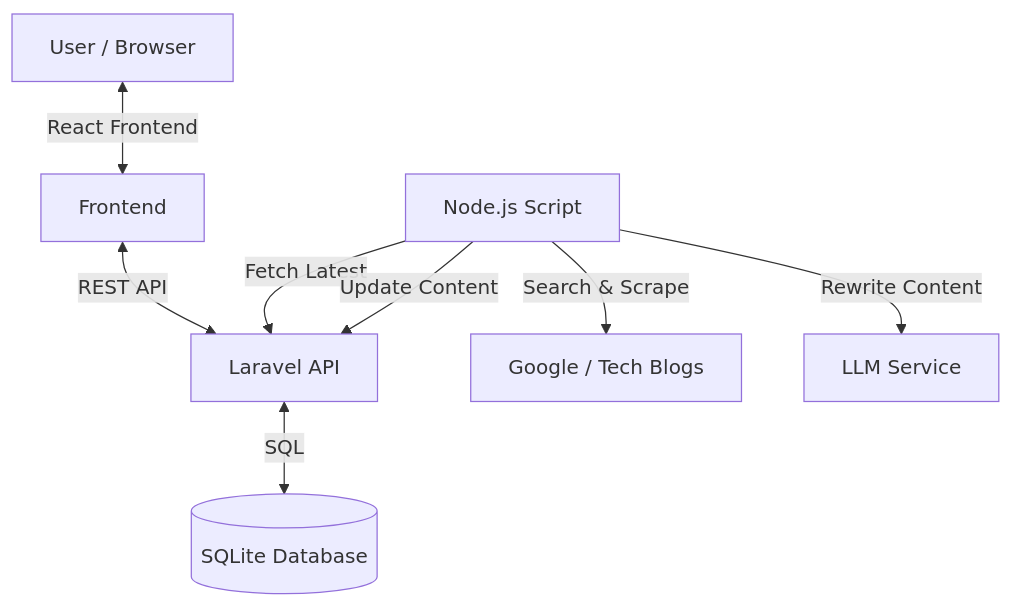
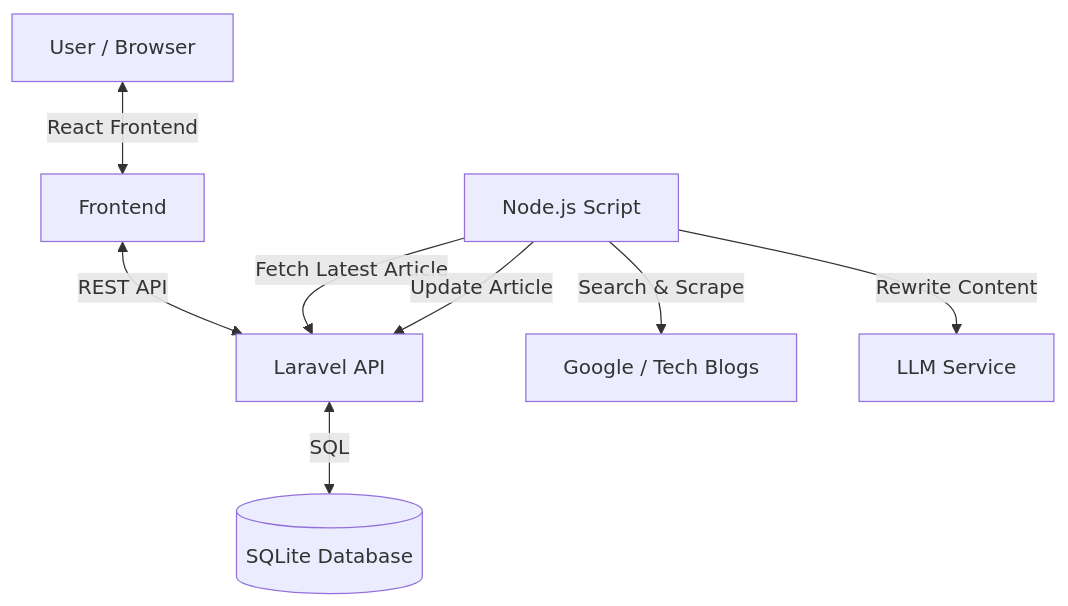
Before and after one commit to anubh7323/Monorepo-: the diagram in README.md, drawn with Mermaid. The commit also changed other lines of this file, not shown here.

````diff
--- a/README.md
+++ b/README.md
@@ -13,10 +15,10 @@
 ```mermaid
 graph TD
     User[User / Browser] <-->|React Frontend| Frontend
     Frontend <-->|REST API| Laravel[Laravel API]
     Laravel <-->|SQL| DB[(SQLite Database)]
-    Node[Node.js Script] -->|Fetch Latest| Laravel
+    Node[Node.js Script] -->|Fetch Latest Article| Laravel
     Node -->|Search & Scrape| External[Google / Tech Blogs]
     Node -->|Rewrite Content| LLM[LLM Service]
-    Node -->|Update Content| Laravel
+    Node -->|Update Article| Laravel
 ```
````
